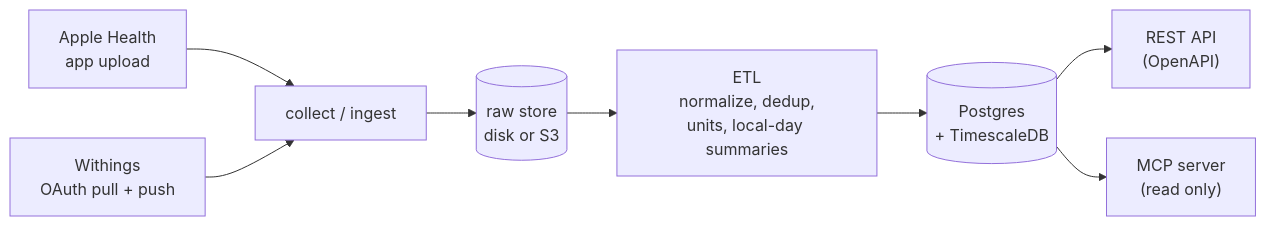
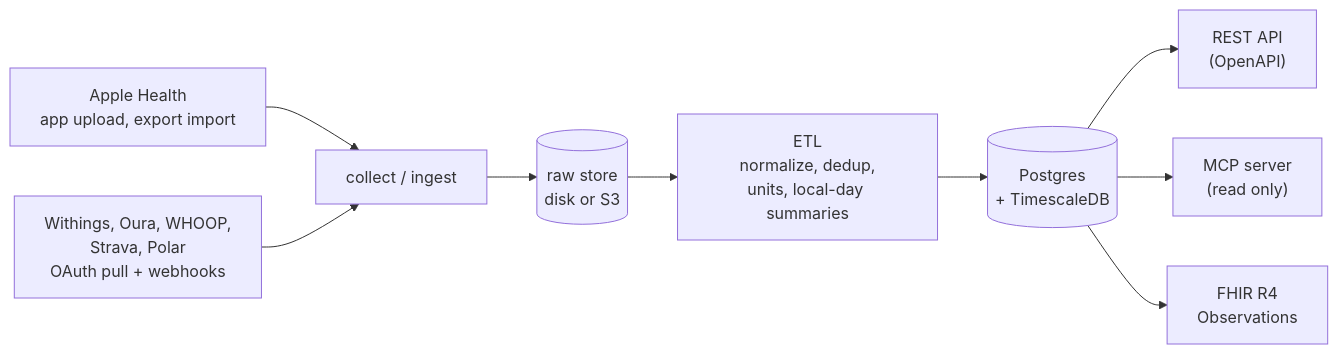
One commit to soma-intelligence/open-health-sync changed the diagram in README.md. Above: the diagram before and after it, drawn with Mermaid. The commit also changed other lines of this file and 2 other files, not shown here.

First line of the commit message:
docs(readme): six sources, FHIR R4, background sync and provider deletions

````diff
--- a/README.md
+++ b/README.md
@@ -210,10 +221,11 @@
 ```mermaid
 flowchart LR
-  AH["Apple Health<br/>app upload"] --> C
-  WI["Withings<br/>OAuth pull + push"] --> C
+  AH["Apple Health<br/>app upload, export import"] --> C
+  CL["Withings, Oura, WHOOP,<br/>Strava, Polar<br/>OAuth pull + webhooks"] --> C
   C["collect / ingest"] --> R[("raw store<br/>disk or S3")]
   R --> E["ETL<br/>normalize, dedup,<br/>units, local-day summaries"]
   E --> P[("Postgres<br/>+ TimescaleDB")]
   P --> API["REST API<br/>(OpenAPI)"]
   P --> MCP["MCP server<br/>(read only)"]
+  P --> FHIR["FHIR R4<br/>Observations"]
 ```
````
